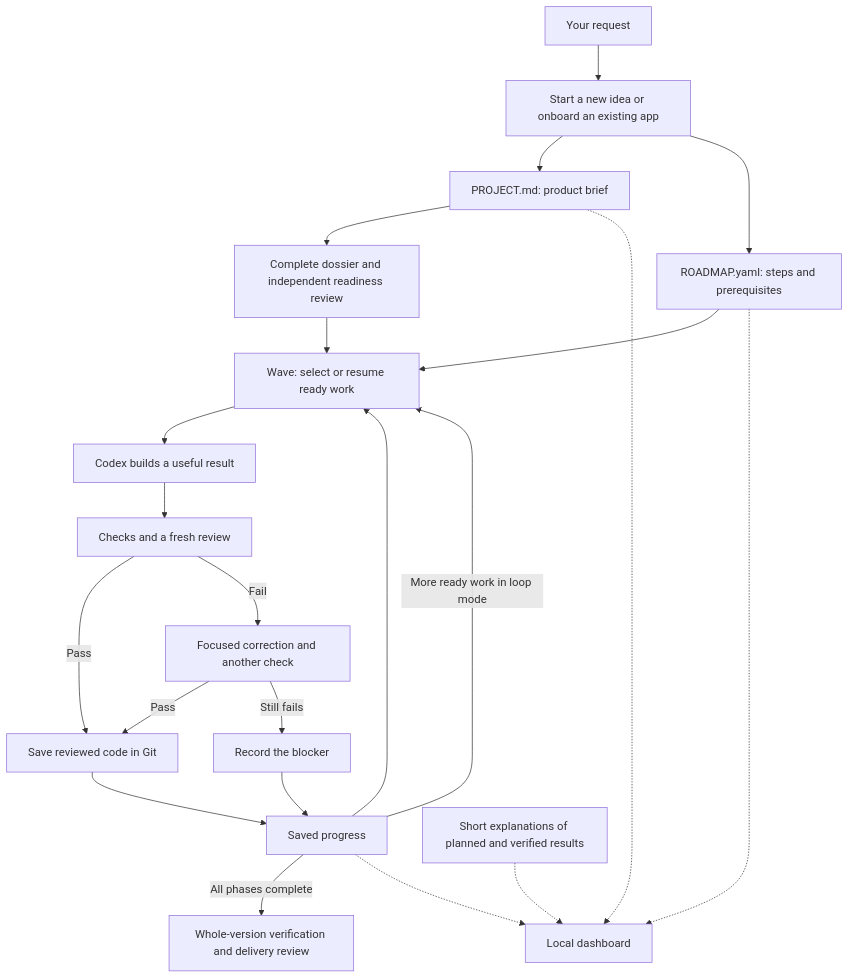
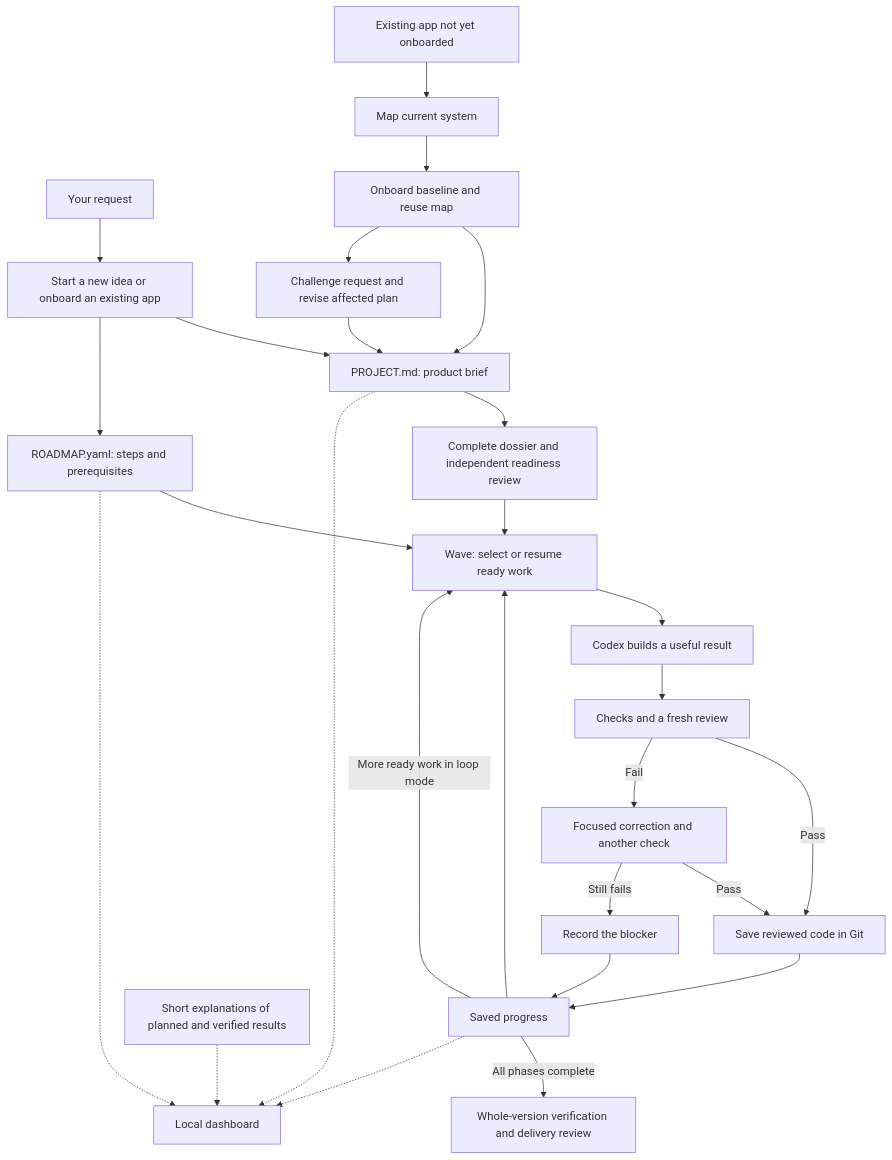
The diagram in docs/how-it-works.md (alexadark/riff-codex), drawn with Mermaid before and after one commit. The commit also changed other lines of this file and 16 other files, not shown here.

````diff
--- a/docs/how-it-works.md
+++ b/docs/how-it-works.md
@@ -22,24 +24,29 @@
 ```mermaid
 flowchart TD
     Request[Your request] --> Shape[Start a new idea or onboard an existing app]
     Shape --> Brief[PROJECT.md: product brief]
     Shape --> Roadmap[ROADMAP.yaml: steps and prerequisites]
+    Existing[Existing app not yet onboarded] --> Map[Map current system]
+    Map --> Onboard[Onboard baseline and reuse map]
+    Onboard --> Brief
+    Onboard --> Evolve[Challenge request and revise affected plan]
+    Evolve --> Brief
     Brief --> Ready[Complete dossier and independent readiness review]
     Ready --> Wave[Wave: select or resume ready work]
     Roadmap --> Wave
     State[Saved progress] --> Wave
     Wave --> Codex[Codex builds a useful result]
     Codex --> Verify[Checks and a fresh review]
     Verify -->|Pass| Commit[Save reviewed code in Git]
     Verify -->|Fail| Repair[Focused correction and another check]
     Repair -->|Pass| Commit
     Repair -->|Still fails| Block[Record the blocker]
     Commit --> State
     Block --> State
     State -->|More ready work in loop mode| Wave
     State -->|All phases complete| Final[Whole-version verification and delivery review]
     Brief -.-> Board[Local dashboard]
     Roadmap -.-> Board
     State -.-> Board
     Explain[Short explanations of planned and verified results] -.-> Board
 ```
````
